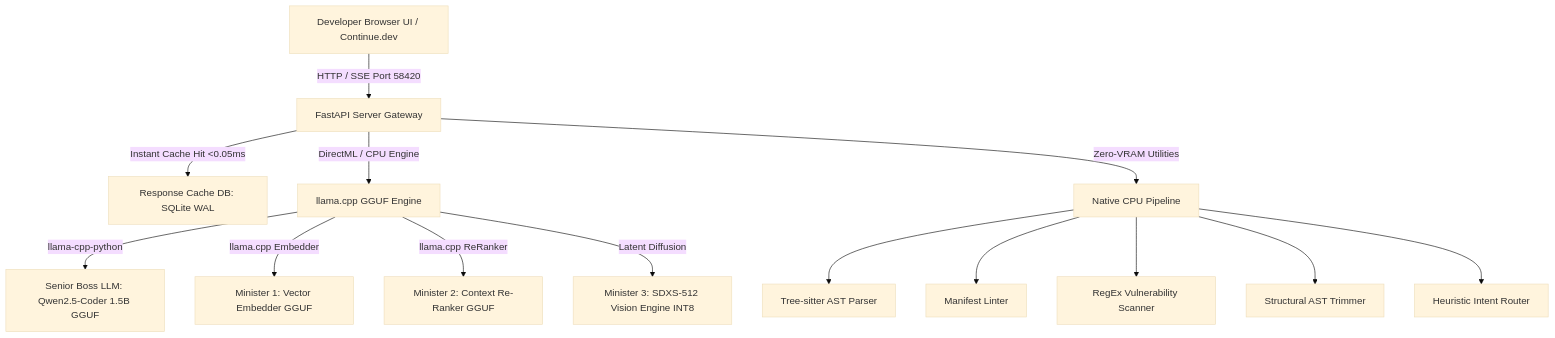
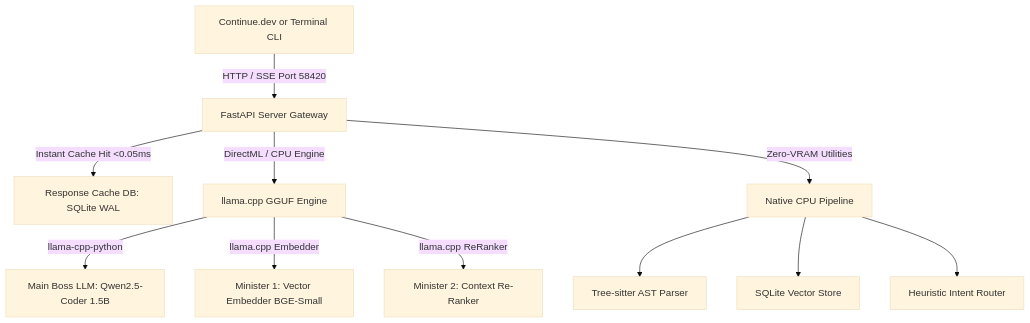
One commit to 7CGPA-Labs/KingdomAIServer changed the diagram in README.md. Above: the diagram before and after it, drawn with Mermaid (base theme). The commit also changed other lines of this file and 13 other files, not shown here.

Commit message:
feat(cli): add /index command for AST vector chunking and update README for V2 architecture

````diff
--- a/README.md
+++ b/README.md
@@ -19,17 +19,14 @@
 ```mermaid
 graph TD
-    User[Developer Browser UI / Continue.dev] -->|HTTP / SSE Port 58420| Server[FastAPI Server Gateway]
+    User[Continue.dev or Terminal CLI] -->|HTTP / SSE Port 58420| Server[FastAPI Server Gateway]
     Server -->|Instant Cache Hit <0.05ms| Cache[Response Cache DB: SQLite WAL]
     Server -->|DirectML / CPU Engine| Engine[llama.cpp GGUF Engine]
-    Engine -->|llama-cpp-python| Boss[Senior Boss LLM: Qwen2.5-Coder 1.5B GGUF]
-    Engine -->|llama.cpp Embedder| M1[Minister 1: Vector Embedder GGUF]
-    Engine -->|llama.cpp ReRanker| M2[Minister 2: Context Re-Ranker GGUF]
-    Engine -->|Latent Diffusion| M3[Minister 3: SDXS-512 Vision Engine INT8]
+    Engine -->|llama-cpp-python| Boss[Main Boss LLM: Qwen2.5-Coder 1.5B]
+    Engine -->|llama.cpp Embedder| M1[Minister 1: Vector Embedder BGE-Small]
+    Engine -->|llama.cpp ReRanker| M2[Minister 2: Context Re-Ranker]
 
     Server -->|Zero-VRAM Utilities| Utils[Native CPU Pipeline]
     Utils --> U1[Tree-sitter AST Parser]
-    Utils --> U2[Manifest Linter]
-    Utils --> U3[RegEx Vulnerability Scanner]
-    Utils --> U4[Structural AST Trimmer]
-    Utils --> U5[Heuristic Intent Router]
+    Utils --> U2[SQLite Vector Store]
+    Utils --> U3[Heuristic Intent Router]
 ```
````
